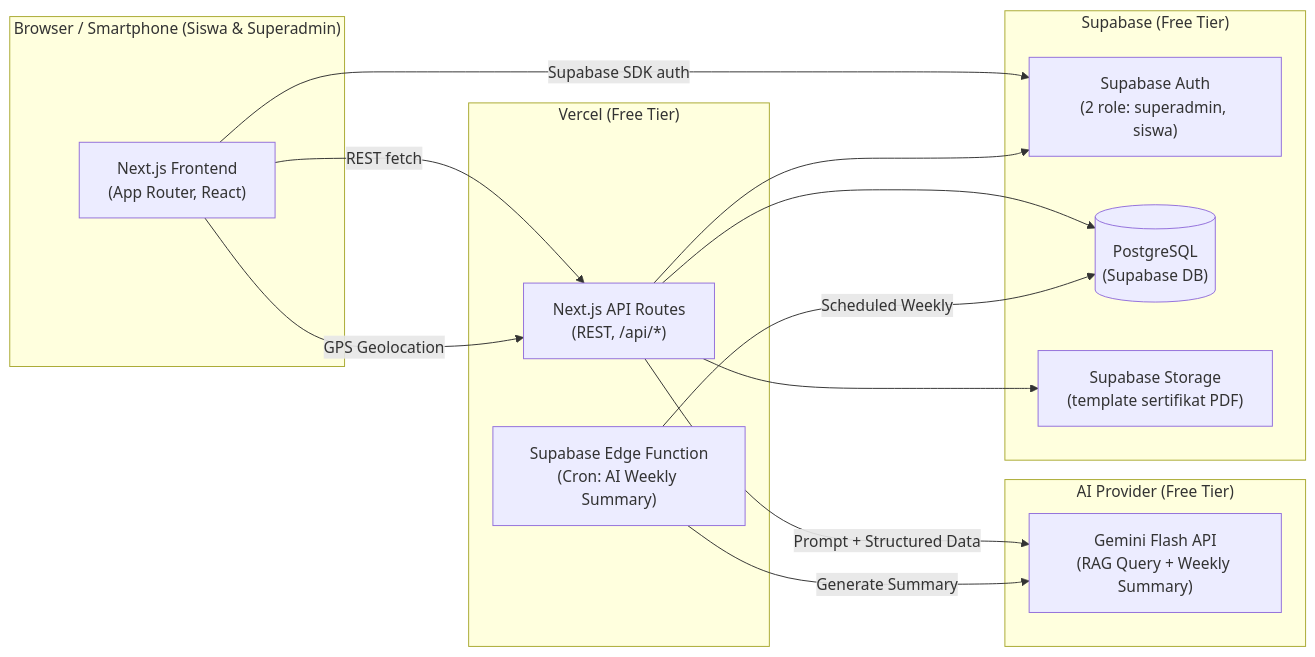
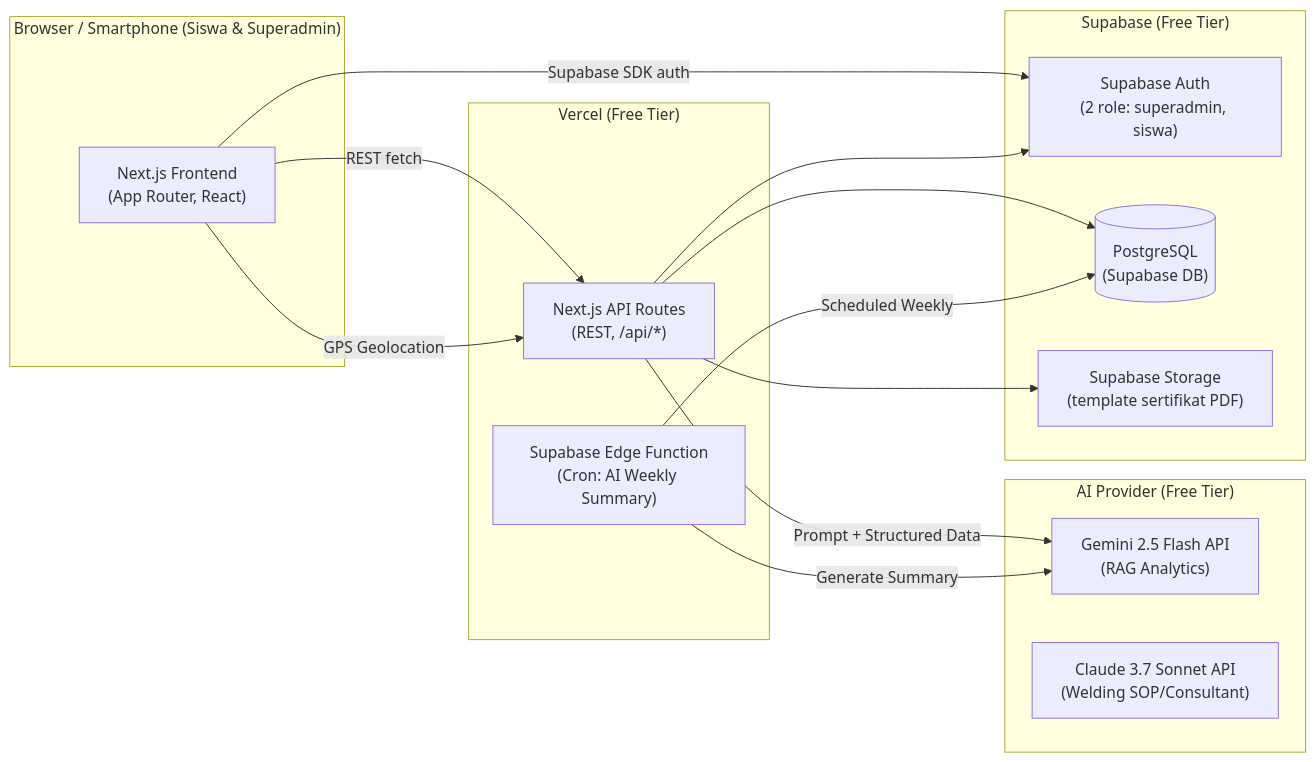
One commit to Fawwzrf/lpks_system changed the first of 6 diagrams in docs/design/arsitektur.md. Above: the diagram before and after it, drawn with Mermaid. The commit also changed other lines of this file and 36 other files, not shown here.

````diff
--- a/docs/design/arsitektur.md
+++ b/docs/design/arsitektur.md
@@ -16,31 +16,32 @@
 ```mermaid
 flowchart LR
     subgraph Client["Browser / Smartphone (Siswa & Superadmin)"]
         FE["Next.js Frontend\n(App Router, React)"]
     end
 
     subgraph Server["Vercel (Free Tier)"]
         API["Next.js API Routes\n(REST, /api/*)"]
         EdgeFn["Supabase Edge Function\n(Cron: AI Weekly Summary)"]
     end
 
     subgraph Supabase["Supabase (Free Tier)"]
         Auth["Supabase Auth\n(2 role: superadmin, siswa)"]
         DB[("PostgreSQL\n(Supabase DB)")]
         Storage["Supabase Storage\n(template sertifikat PDF)"]
     end
 
     subgraph AI["AI Provider (Free Tier)"]
-        Gemini["Gemini Flash API\n(RAG Query + Weekly Summary)"]
+        Gemini["Gemini 2.5 Flash API\n(RAG Analytics)"]
+        Claude["Claude 3.7 Sonnet API\n(Welding SOP/Consultant)"]
     end
 
     FE -->|REST fetch| API
     FE -->|GPS Geolocation| API
     FE -->|Supabase SDK auth| Auth
     API --> Auth
     API --> DB
     API --> Storage
     API -->|Prompt + Structured Data| Gemini
     EdgeFn -->|Scheduled Weekly| DB
     EdgeFn -->|Generate Summary| Gemini
 ```
````
